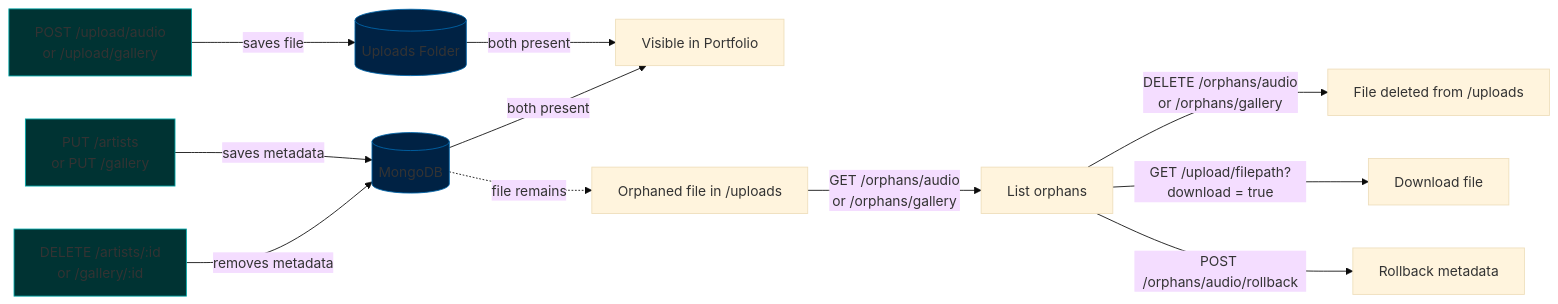
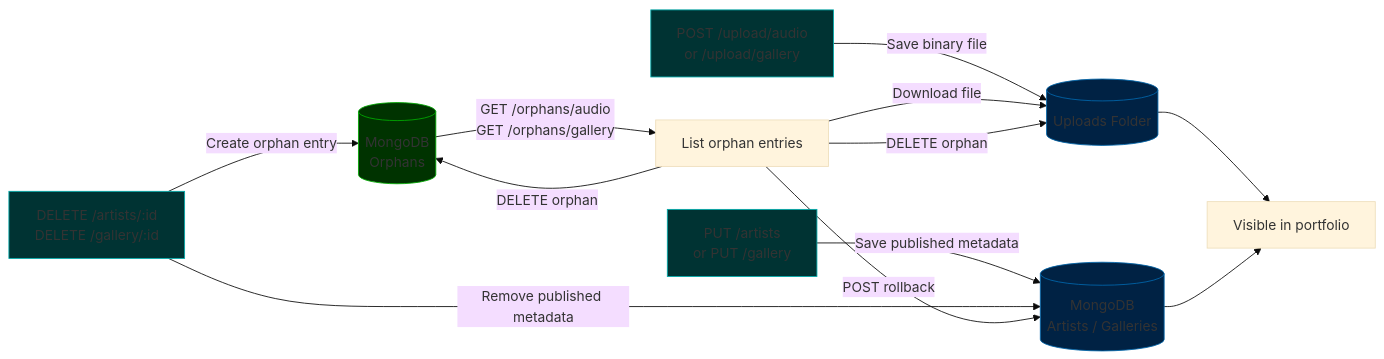
One commit to hakamir/Portfolio-Block-3 changed the fifth of 8 diagrams in README.md. Above: the diagram before and after it, drawn with Mermaid (base theme). The commit also changed other lines of this file and 1 other file, not shown here.

````diff
--- a/README.md
+++ b/README.md
@@ -262,19 +297,30 @@
 ```mermaid
 flowchart LR
-    classDef cyan fill: #033, stroke: #0aa 
-    classDef blue fill: #024, stroke: #06a
-    Upload["POST /upload/audio\nor /upload/gallery"]:::cyan
-    Meta["PUT /artists\nor PUT /gallery"]:::cyan
-    DeleteDoc["DELETE /artists/:id\nor /gallery/:id"]:::cyan
+    classDef cyan fill:#033,stroke:#0aa
+    classDef blue fill:#024,stroke:#06a
+    classDef green fill:#030,stroke:#0a0
+
+    Upload["POST /upload/audio<br/>or /upload/gallery"]:::cyan
+    Save["PUT /artists<br/>or PUT /gallery"]:::cyan
+    Delete["DELETE /artists/:id<br/>DELETE /gallery/:id"]:::cyan
+
     FS[(Uploads Folder)]:::blue
-    DB[(MongoDB)]:::blue
-    Upload -->|saves file| FS
-    Meta -->|saves metadata| DB
-    FS & DB -->|both present| Published[Visible in Portfolio]
-    DeleteDoc -->|removes metadata| DB
-    DB -.->|file remains| Orphan[Orphaned file in /uploads]
-    Orphan -->|GET /orphans/audio\nor /orphans/gallery| List[List orphans]
-    List -->|DELETE /orphans/audio\nor /orphans/gallery| Cleaned[File deleted from /uploads]
-    List -->|GET /upload/filepath?download = true| Download[Download file]
-    List -->|POST /orphans/audio/rollback| Rollback[Rollback metadata]
+    DB[(MongoDB<br/>Artists / Galleries)]:::blue
+    ORPHANS[(MongoDB<br/>Orphans)]:::green
+
+    Upload -->|Save binary file| FS
+    Save -->|Save published metadata| DB
+
+    FS --> Published[Visible in portfolio]
+    DB --> Published
+
+    Delete -->|Remove published metadata| DB
+    Delete -->|Create orphan entry| ORPHANS
+
+    ORPHANS -->|GET /orphans/audio<br/>GET /orphans/gallery| List[List orphan entries]
+
+    List -->|Download file| FS
+    List -->|POST rollback| DB
+    List -->|DELETE orphan| ORPHANS
+    List -->|DELETE orphan| FS
 ```
````
